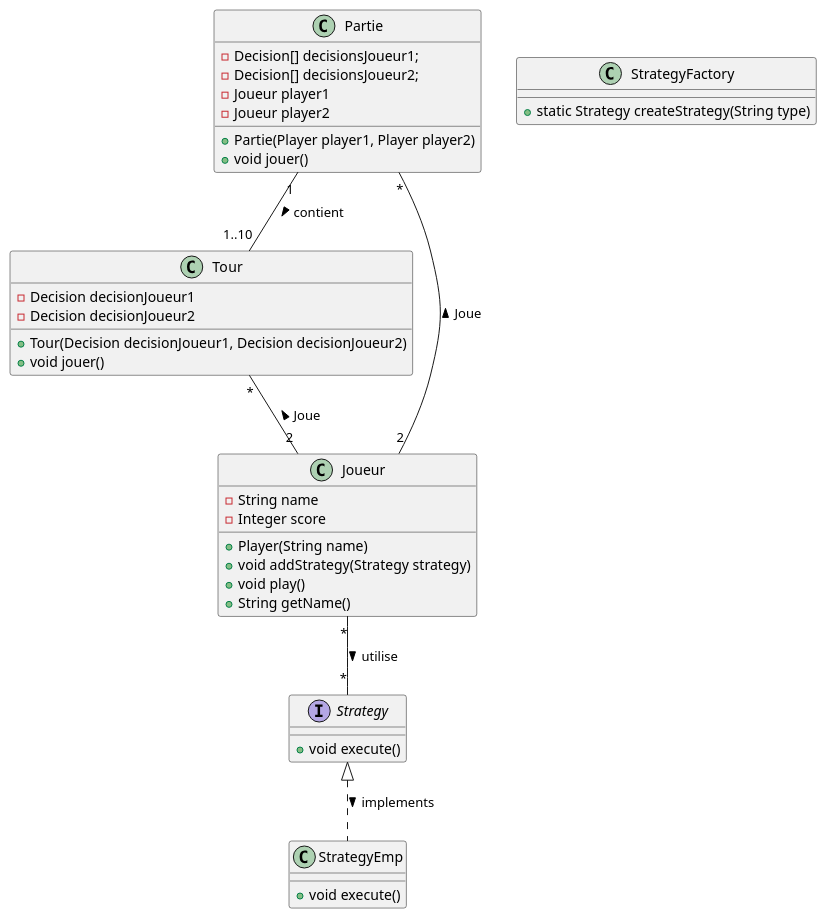
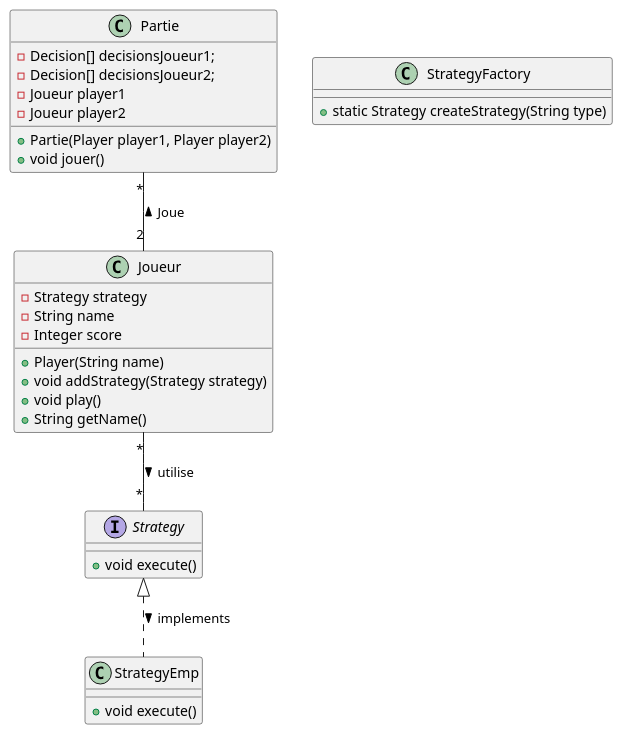
One commit to l3miage-pichouda/prisonners-dilemma-back changed the diagram in uml.wsd. Above: the diagram before and after it, drawn with PlantUML. The commit also changed 19 other files, not shown here.

```diff
--- a/uml.wsd
+++ b/uml.wsd
@@ -1,48 +1,40 @@
 @startuml
 
 class Partie {
     - Decision[] decisionsJoueur1;
     - Decision[] decisionsJoueur2;
     - Joueur player1
     - Joueur player2
     + Partie(Player player1, Player player2)
     + void jouer()
 }
 
 
-class Tour {
-    - Decision decisionJoueur1
-    - Decision decisionJoueur2
-    + Tour(Decision decisionJoueur1, Decision decisionJoueur2)
-    + void jouer()
-}
-
 class Joueur {
+    - Strategy strategy
     - String name
     - Integer score
     + Player(String name)
     + void addStrategy(Strategy strategy)
     + void play()
     + String getName()
 }
 
 interface Strategy {
     + void execute()
 }
 
 class StrategyEmp {
     + void execute()
 }
 
 
 class StrategyFactory {
     + static Strategy createStrategy(String type)
 }
 
 Partie "*" -- "2" Joueur : Joue <
-Tour "*" -- "2" Joueur : Joue <
-Partie "1" -- "1..10" Tour : contient >
 Joueur "*" -- "*" Strategy : utilise >
 Strategy <|.. StrategyEmp : implements >
 
 @enduml
```
